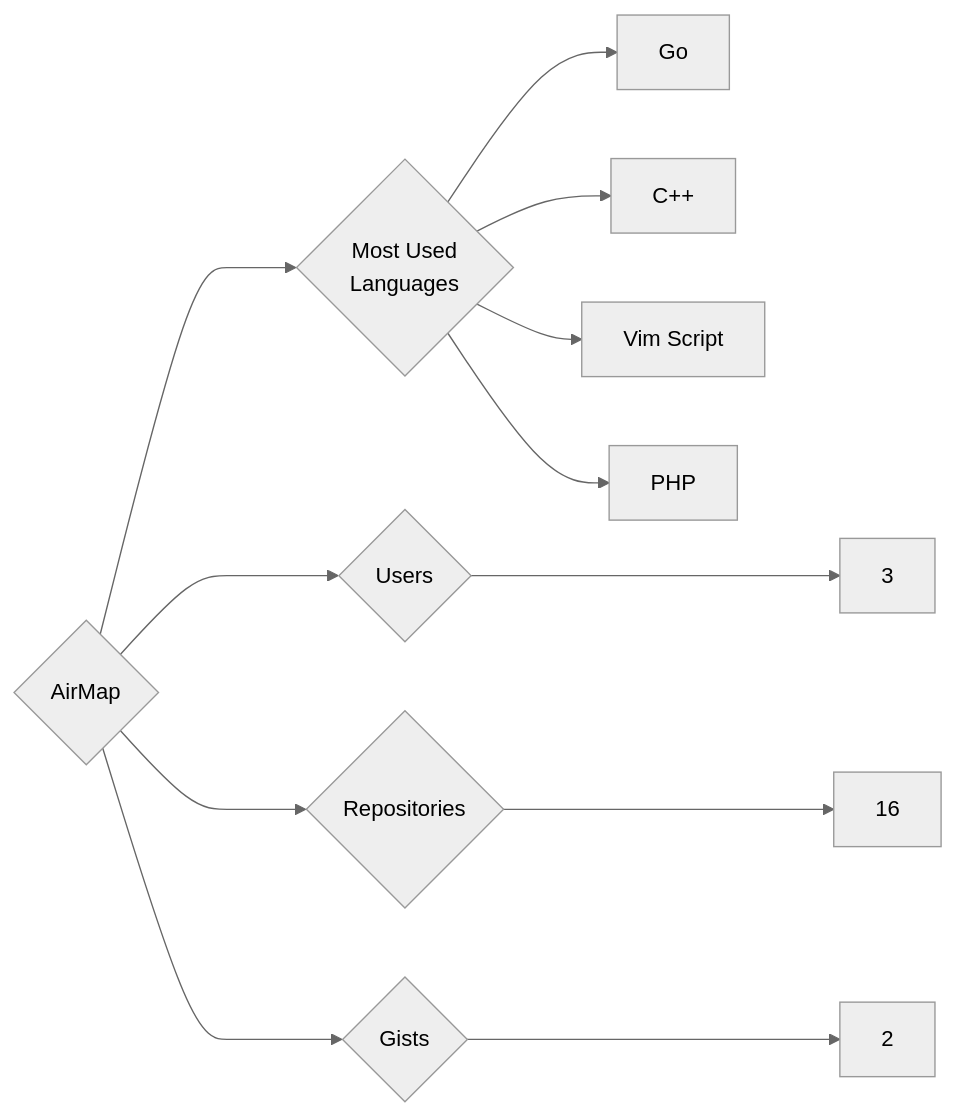
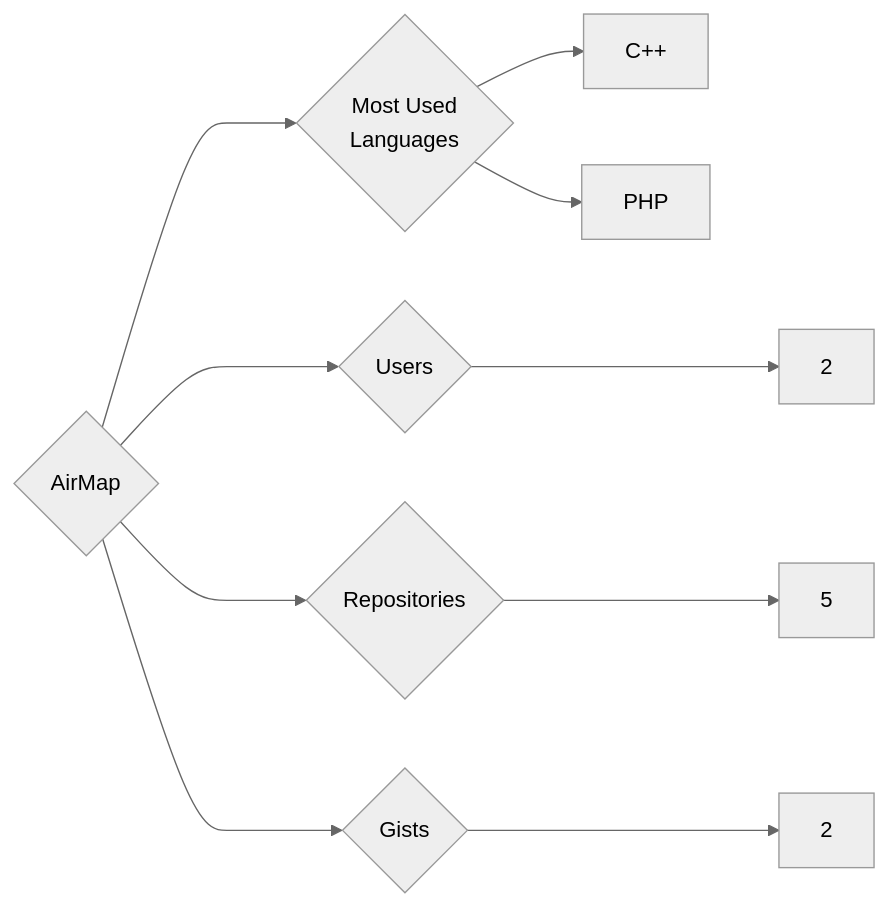
One commit to trickest/insiders changed the diagram in targets/AirMap/README.md. Above: the diagram before and after it, drawn with Mermaid (neutral theme). The commit also changed 679 other files, not shown here.

````diff
--- a/targets/AirMap/README.md
+++ b/targets/AirMap/README.md
@@ -3,12 +3,10 @@
 ```mermaid
 graph LR
 COMPANY_NAME{AirMap}
-COMPANY_NAME ---> U{Users} ---> UN[3]
-COMPANY_NAME ---> R{Repositories} ---> RN[16]
+COMPANY_NAME ---> U{Users} ---> UN[2]
+COMPANY_NAME ---> R{Repositories} ---> RN[5]
 COMPANY_NAME ---> G{Gists} ---> GN[2]
 COMPANY_NAME ---> ML{Most Used<br>Languages}
-ML --> Go[Go]
 ML --> C++[C++]
-ML --> Vim_Script[Vim Script]
 ML --> PHP[PHP]
 ```
````
